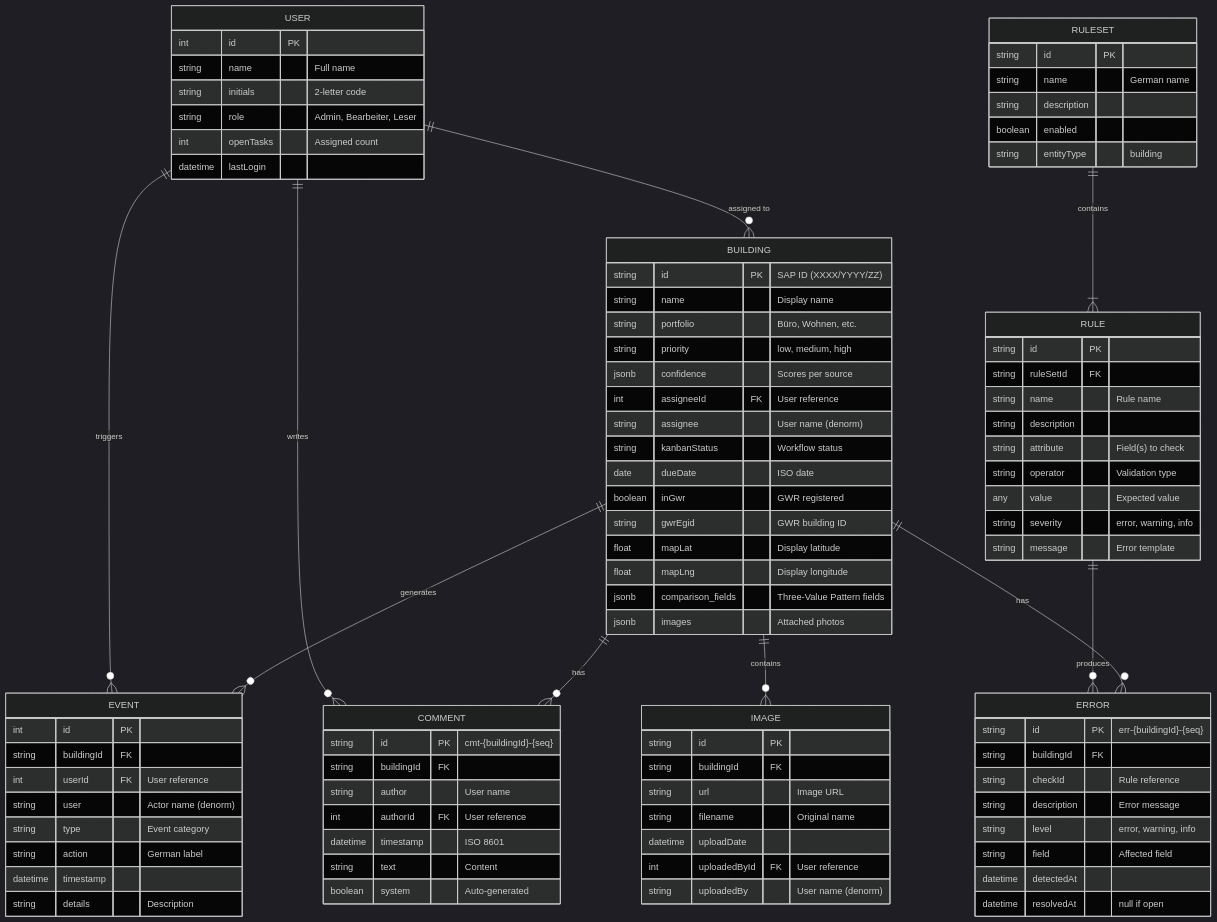
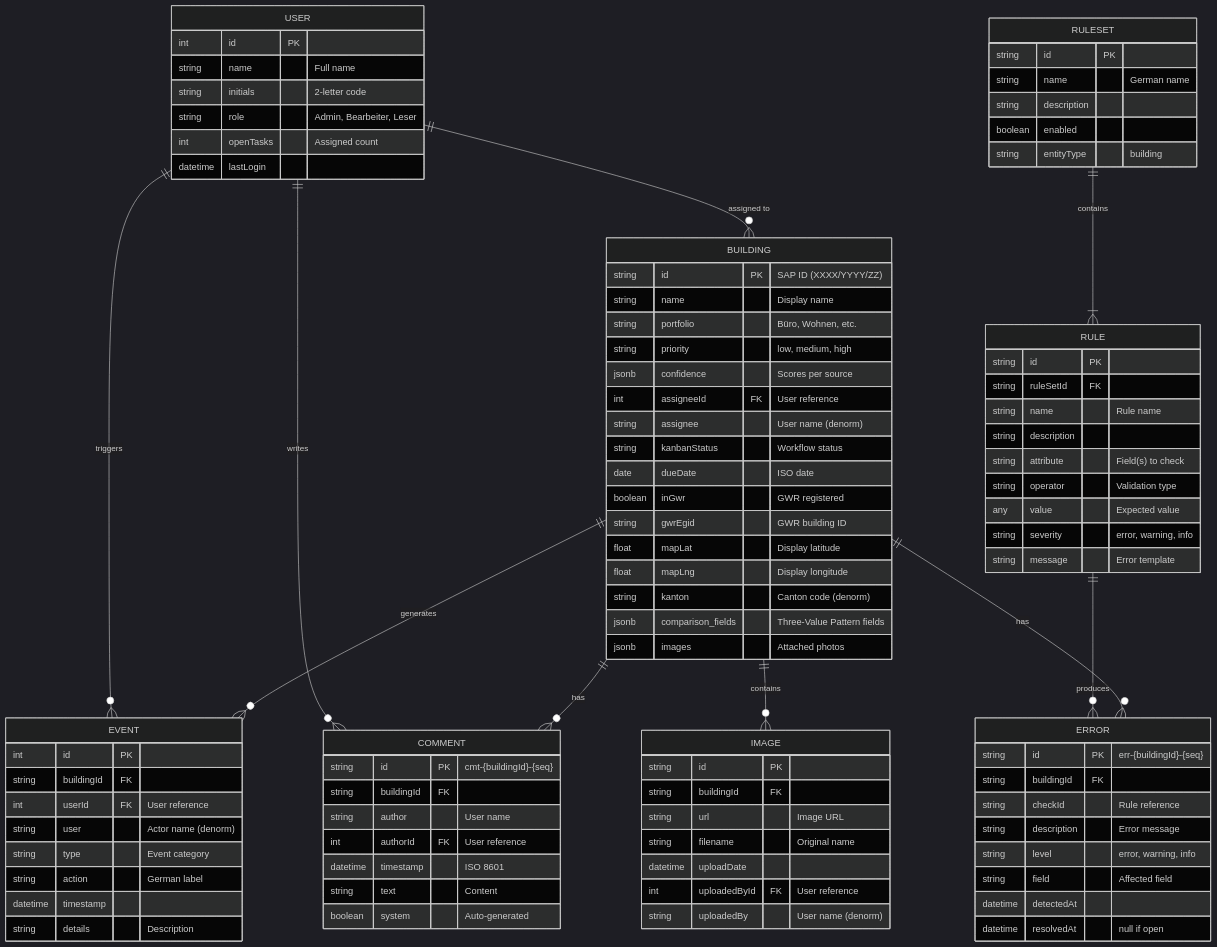
Before and after one commit to bbl-dres/geo-check: the second of 3 diagrams in docs/DATABASE.md, drawn with Mermaid (dark theme). The commit also changed other lines of this file and 1 other file, not shown here.

```diff
--- a/docs/DATABASE.md
+++ b/docs/DATABASE.md
@@ -92,6 +92,7 @@
         string gwrEgid "GWR building ID"
         float mapLat "Display latitude"
         float mapLng "Display longitude"
+        string kanton "Canton code (denorm)"
         jsonb comparison_fields "Three-Value Pattern fields"
         jsonb images "Attached photos"
     }
```
